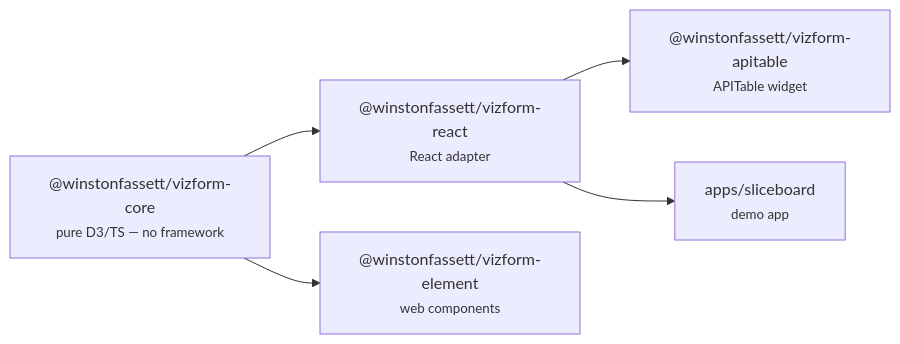
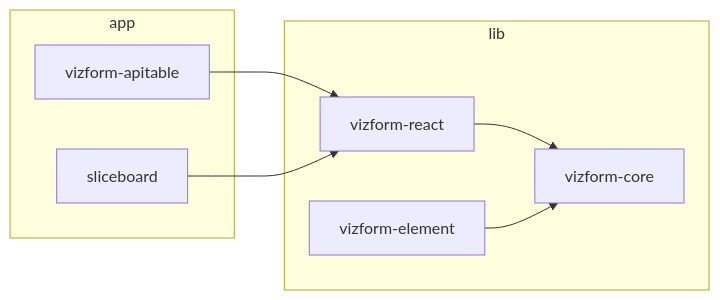
The diagram in README.md (WinstonFassett/hotbook), drawn with Mermaid before and after one commit.

Commit message:
refactor: restructure mermaid diagram in README for clarity

````diff
--- a/README.md
+++ b/README.md
@@ -9,13 +9,17 @@
 ```mermaid
 graph LR
-  core["@winstonfassett/vizform-core<br/><small>pure D3/TS — no framework</small>"]
-  react["@winstonfassett/vizform-react<br/><small>React adapter</small>"]
-  element["@winstonfassett/vizform-element<br/><small>web components</small>"]
-  apitable["@winstonfassett/vizform-apitable<br/><small>APITable widget</small>"]
-  sliceboard["apps/sliceboard<br/><small>demo app</small>"]
+  subgraph lib["lib"]
+    core["vizform-core"]
+    react["vizform-react"]
+    element["vizform-element"]
+  end
+  subgraph app["app"]
+    apitable["vizform-apitable"]
+    sliceboard["sliceboard"]
+  end
 
-  core --> react
-  core --> element
-  react --> apitable
-  react --> sliceboard
+  react --> core
+  element --> core
+  apitable --> react
+  sliceboard --> react
 ```
````
